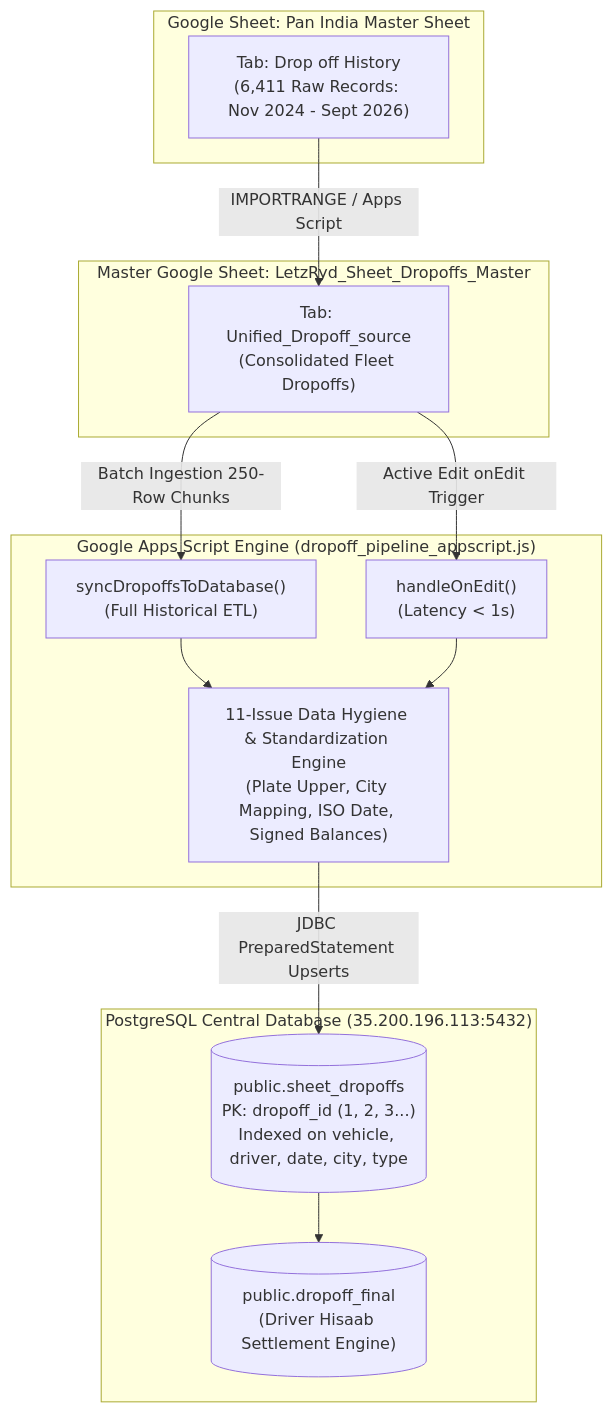
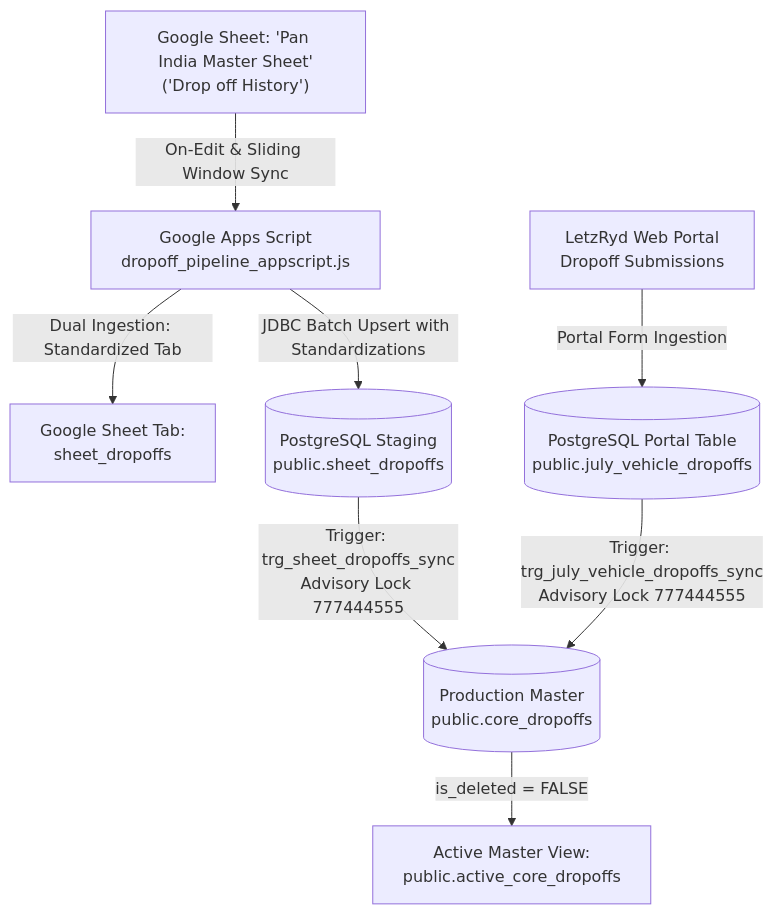
One commit to aayush-letzryd/backend changed the diagram in Vehicle Dropoff Google Sheet/README.md. Above: the diagram before and after it, drawn with Mermaid. The commit also changed other lines of this file and 4 other files, not shown here.

Commit message:
feat(dropoffs): standardize vehicle dropoff pipeline with direct pan india master ingestion and postgres triggers

````diff
--- a/Vehicle Dropoff Google Sheet/README.md
+++ b/Vehicle Dropoff Google Sheet/README.md
@@ -32,23 +9,10 @@
 ```mermaid
-flowchart TD
-    subgraph RawSource ["Google Sheet: Pan India Master Sheet"]
-        D1["Tab: Drop off History<br>(6,411 Raw Records: Nov 2024 - Sept 2026)"]
-    end
-
-    subgraph MasterConsolidation ["Master Google Sheet: LetzRyd_Sheet_Dropoffs_Master"]
-        D1 -->|IMPORTRANGE / Apps Script| U["Tab: Unified_Dropoff_source<br>(Consolidated Fleet Dropoffs)"]
-    end
-
-    subgraph PipelineEngine ["Google Apps Script Engine (dropoff_pipeline_appscript.js)"]
-        U -->|Batch Ingestion 250-Row Chunks| M["syncDropoffsToDatabase()<br>(Full Historical ETL)"]
-        U -->|Active Edit onEdit Trigger| OE["handleOnEdit()<br>(Latency &lt; 1s)"]
-        
-        M --> S["11-Issue Data Hygiene & Standardization Engine<br>(Plate Upper, City Mapping, ISO Date, Signed Balances)"]
-        OE --> S
-    end
-
-    subgraph DatabaseLayer ["PostgreSQL Central Database (35.200.196.113:5432)"]
-        S -->|JDBC PreparedStatement Upserts| DB[("public.sheet_dropoffs<br>PK: dropoff_id (1, 2, 3...)<br>Indexed on vehicle, driver, date, city, type")]
-        DB --> F[("public.dropoff_final<br>(Driver Hisaab Settlement Engine)")]
-    end
+graph TD
+    A["Google Sheet: 'Pan India Master Sheet'<br>('Drop off History')"] -->|On-Edit & Sliding Window Sync| B["Google Apps Script<br>dropoff_pipeline_appscript.js"]
+    B -->|Dual Ingestion: Standardized Tab| S["Google Sheet Tab:<br>sheet_dropoffs"]
+    B -->|JDBC Batch Upsert with Standardizations| C[("PostgreSQL Staging<br>public.sheet_dropoffs")]
+    D["LetzRyd Web Portal<br>Dropoff Submissions"] -->|Portal Form Ingestion| E[("PostgreSQL Portal Table<br>public.july_vehicle_dropoffs")]
+    C -->|Trigger: trg_sheet_dropoffs_sync<br>Advisory Lock 777444555| G[("Production Master<br>public.core_dropoffs")]
+    E -->|Trigger: trg_july_vehicle_dropoffs_sync<br>Advisory Lock 777444555| G
+    G -->|is_deleted = FALSE| H["Active Master View:<br>public.active_core_dropoffs"]
 ```
````
